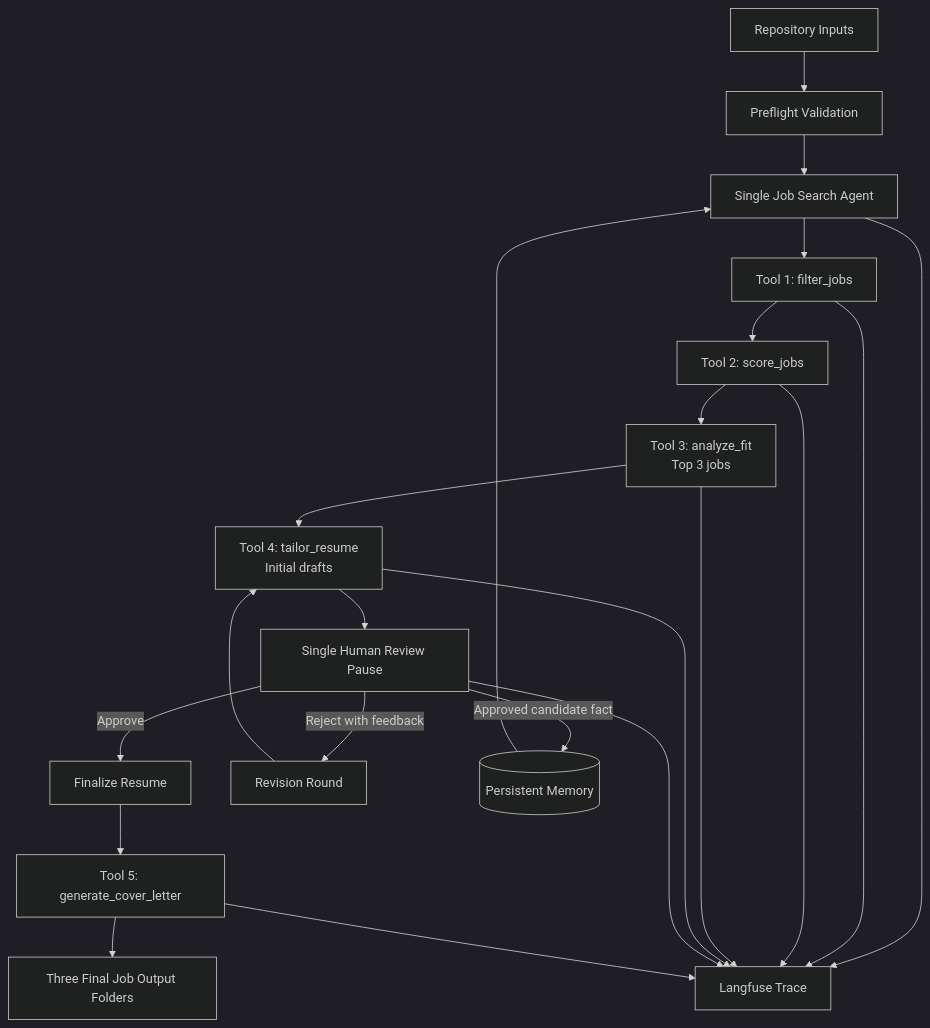
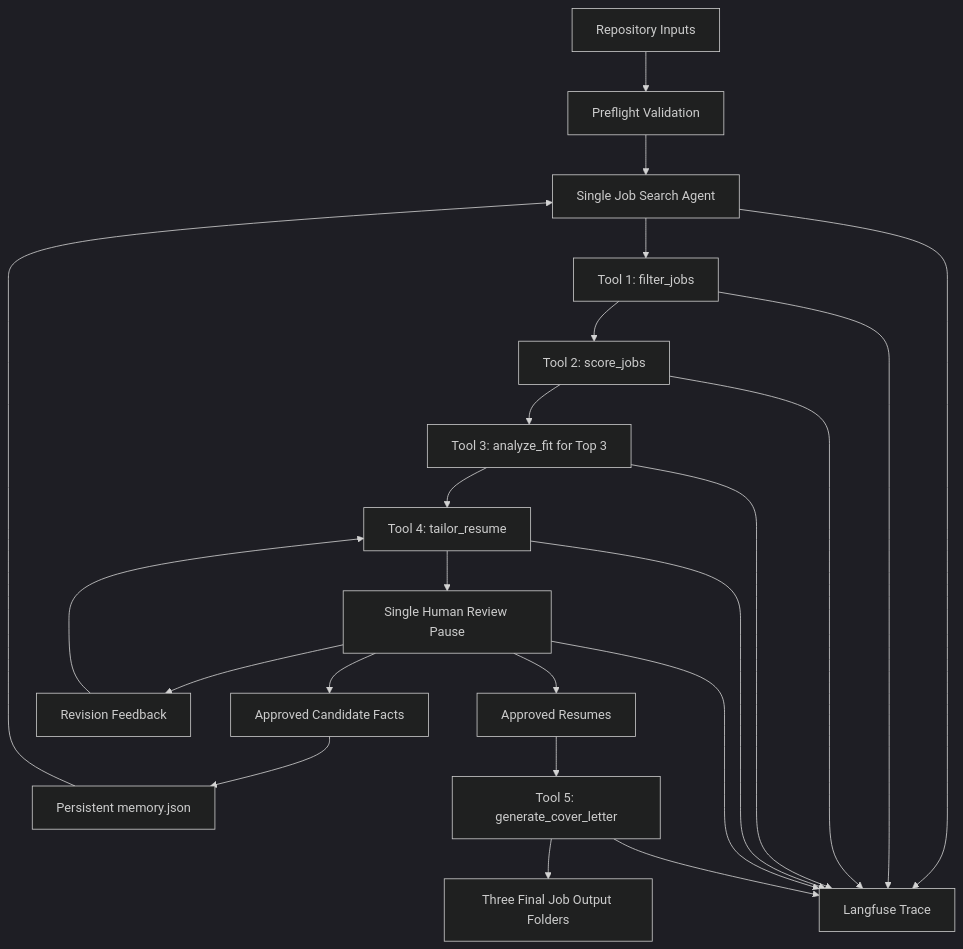
The diagram in README.md (LukeWuU/EDS6397-Group01-Job-Search-Agent), drawn with Mermaid (dark theme) before and after one commit.

Commit message:
Fix Mermaid architecture diagram

````diff
--- a/README.md
+++ b/README.md
@@ -21,28 +21,30 @@
 ```mermaid
-flowchart TD
-    A[Repository Inputs] --> B[Preflight Validation]
-    B --> C[Single Job Search Agent]
+graph TD;
+    A["Repository Inputs"] --> B["Preflight Validation"];
+    B --> C["Single Job Search Agent"];
 
-    C --> T1[Tool 1: filter_jobs]
-    T1 --> T2[Tool 2: score_jobs]
-    T2 --> T3[Tool 3: analyze_fit<br/>Top 3 jobs]
-    T3 --> T4[Tool 4: tailor_resume<br/>Initial drafts]
+    C --> D["Tool 1: filter_jobs"];
+    D --> E["Tool 2: score_jobs"];
+    E --> F["Tool 3: analyze_fit for Top 3"];
+    F --> G["Tool 4: tailor_resume"];
 
-    T4 --> H[Single Human Review Pause]
-    H -->|Approve| F[Finalize Resume]
-    H -->|Reject with feedback| R[Revision Round]
-    R --> T4
-    H -->|Approved candidate fact| M[(Persistent Memory)]
-    M --> C
+    G --> H["Single Human Review Pause"];
+    H --> I["Approved Resumes"];
+    H --> J["Revision Feedback"];
+    J --> G;
 
-    F --> T5[Tool 5: generate_cover_letter]
-    T5 --> O[Three Final Job Output Folders]
+    H --> K["Approved Candidate Facts"];
+    K --> L["Persistent memory.json"];
+    L --> C;
 
-    C --> L[Langfuse Trace]
-    T1 --> L
-    T2 --> L
-    T3 --> L
-    T4 --> L
-    H --> L
-    T5 --> L
+    I --> M["Tool 5: generate_cover_letter"];
+    M --> N["Three Final Job Output Folders"];
+
+    C --> O["Langfuse Trace"];
+    D --> O;
+    E --> O;
+    F --> O;
+    G --> O;
+    H --> O;
+    M --> O;
 ```
````
